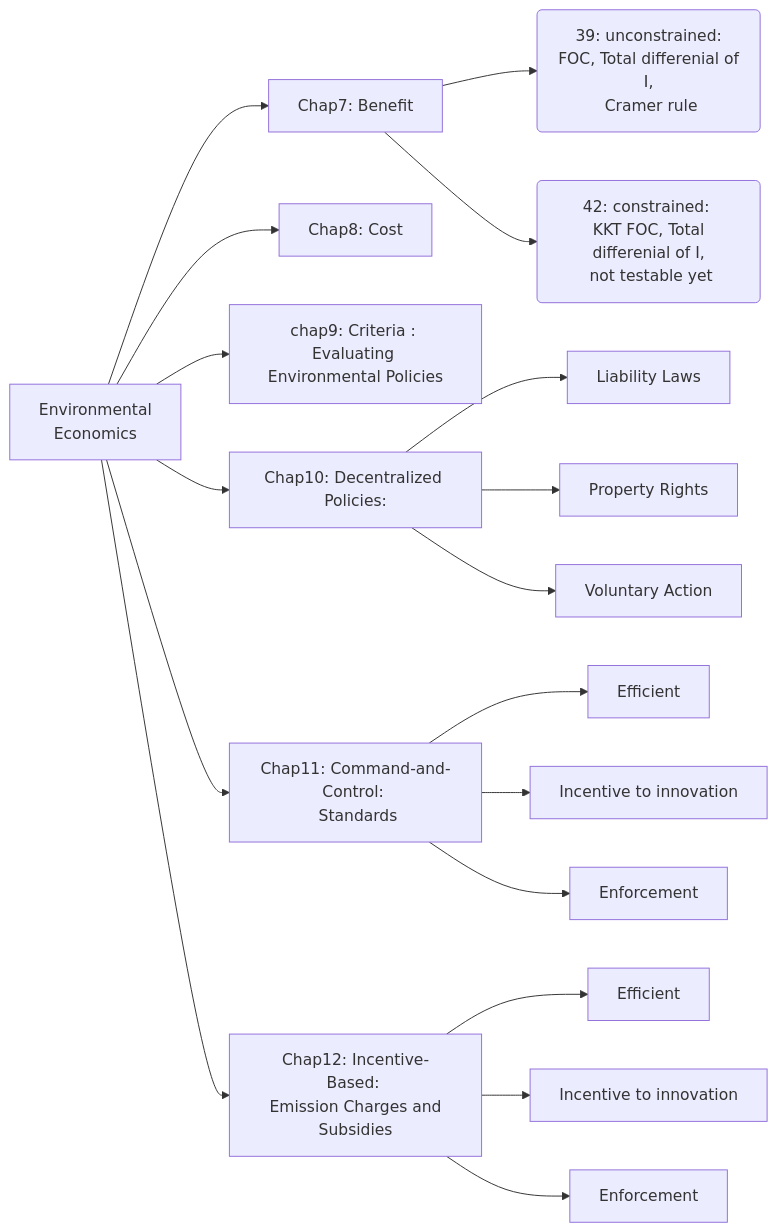
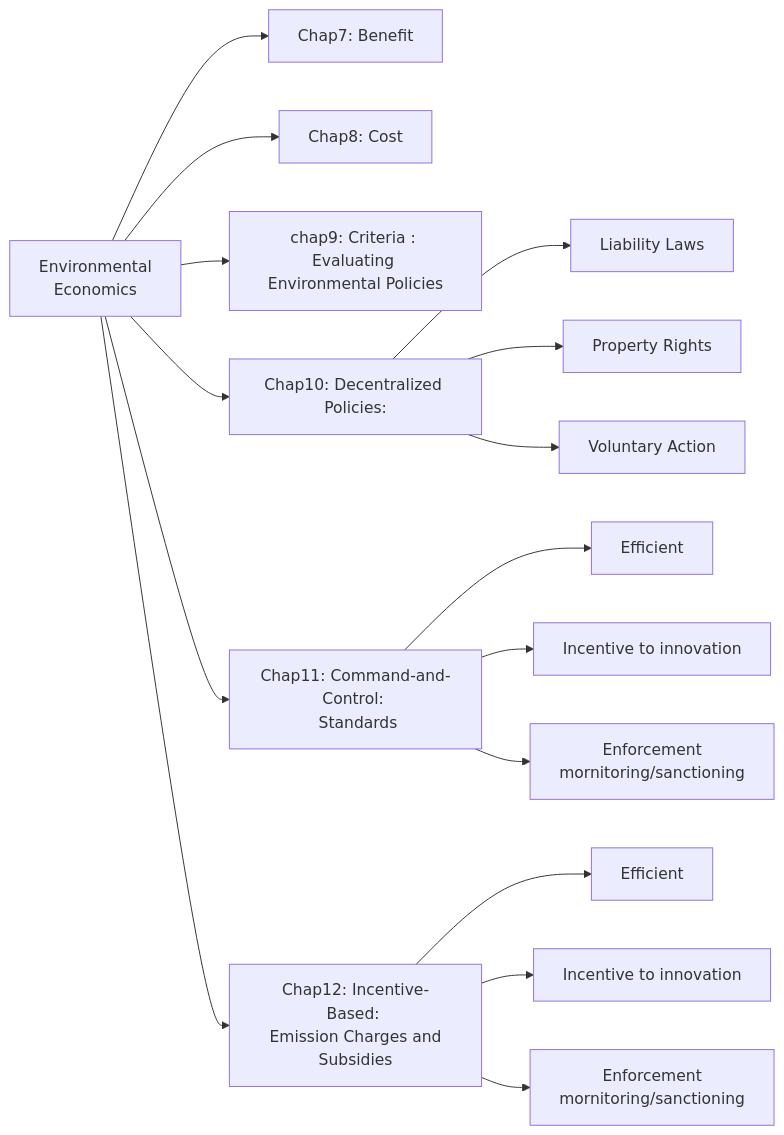
The diagram in _posts/2017-04-13-381-final-2017.md (snowdj/ECON), drawn with Mermaid before and after one commit.

```diff
--- a/_posts/2017-04-13-381-final-2017.md
+++ b/_posts/2017-04-13-381-final-2017.md
@@ -22,22 +22,21 @@
 <div class="mermaid">
 graph LR
       id0[Environmental <br> Economics]-->id1[Chap7: Benefit]
       id0[Environmental <br> Economics]-->id2[Chap8: Cost]
       id0[Environmental <br> Economics]-->id3[chap9: Criteria : <br>Evaluating Environmental Policies]
       id0[Environmental <br> Economics]-->id4[Chap10: Decentralized Policies:]
       id0[Environmental <br> Economics]-->id5[Chap11: Command-and-Control: <br> Standards]
       id0[Environmental <br> Economics]-->id6[Chap12: Incentive-Based: <br> Emission Charges and Subsidies]
       
       id4-->id9[Liability Laws]
      id4-->id10[Property Rights]
      id4-->id11[Voluntary Action]
      id5-->id12[Efficient]
      id5-->id13[Incentive to innovation]
-     id5-->id14[Enforcement]
+     id5-->id14[Enforcement <br> mornitoring/sanctioning]
      id6-->id15[Efficient]
      id6-->id16[Incentive to innovation]
-     id6-->id17[Enforcement]
-     id1-->id7(39: unconstrained:<br> FOC, Total differenial of I,<br> Cramer rule  )
-     id1-->id8(42: constrained: <br> KKT FOC, Total differenial of I,<br> not testable yet)
+     id6-->id17[Enforcement<br> mornitoring/sanctioning]
+
      
  </div>
```
